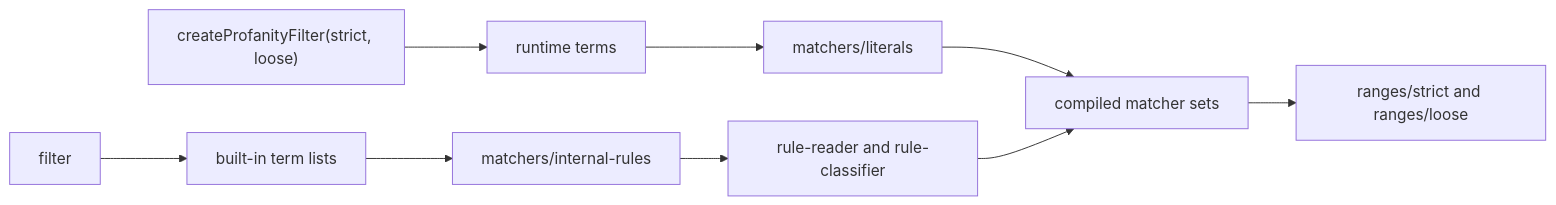
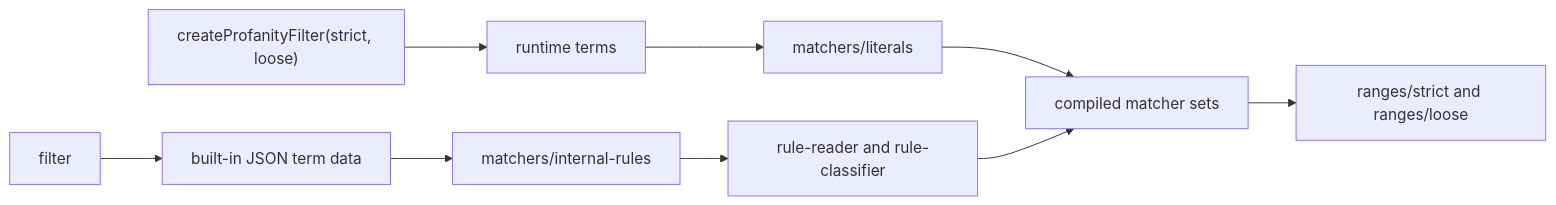
One commit to textfilters/textfilters changed the second of 4 diagrams in docs/architecture.md. Above: the diagram before and after it, drawn with Mermaid. The commit also changed other lines of this file and 6 other files, not shown here.

First line of the commit message:
fix: load built-in corpus from JSON data files

````diff
--- a/docs/architecture.md
+++ b/docs/architecture.md
@@ -47,11 +47,11 @@
 ```mermaid
 flowchart LR
   PublicAPI["createProfanityFilter(strict, loose)"] --> RuntimeTerms["runtime terms"]
   RuntimeTerms --> LiteralCompiler["matchers/literals"]
-  DefaultFilter["filter"] --> BuiltInTerms["built-in term lists"]
+  DefaultFilter["filter"] --> BuiltInTerms["built-in JSON term data"]
   BuiltInTerms --> InternalRules["matchers/internal-rules"]
   InternalRules --> Reader["rule-reader and rule-classifier"]
   LiteralCompiler --> Matchers["compiled matcher sets"]
   Reader --> Matchers
   Matchers --> Ranges["ranges/strict and ranges/loose"]
 ```
````
